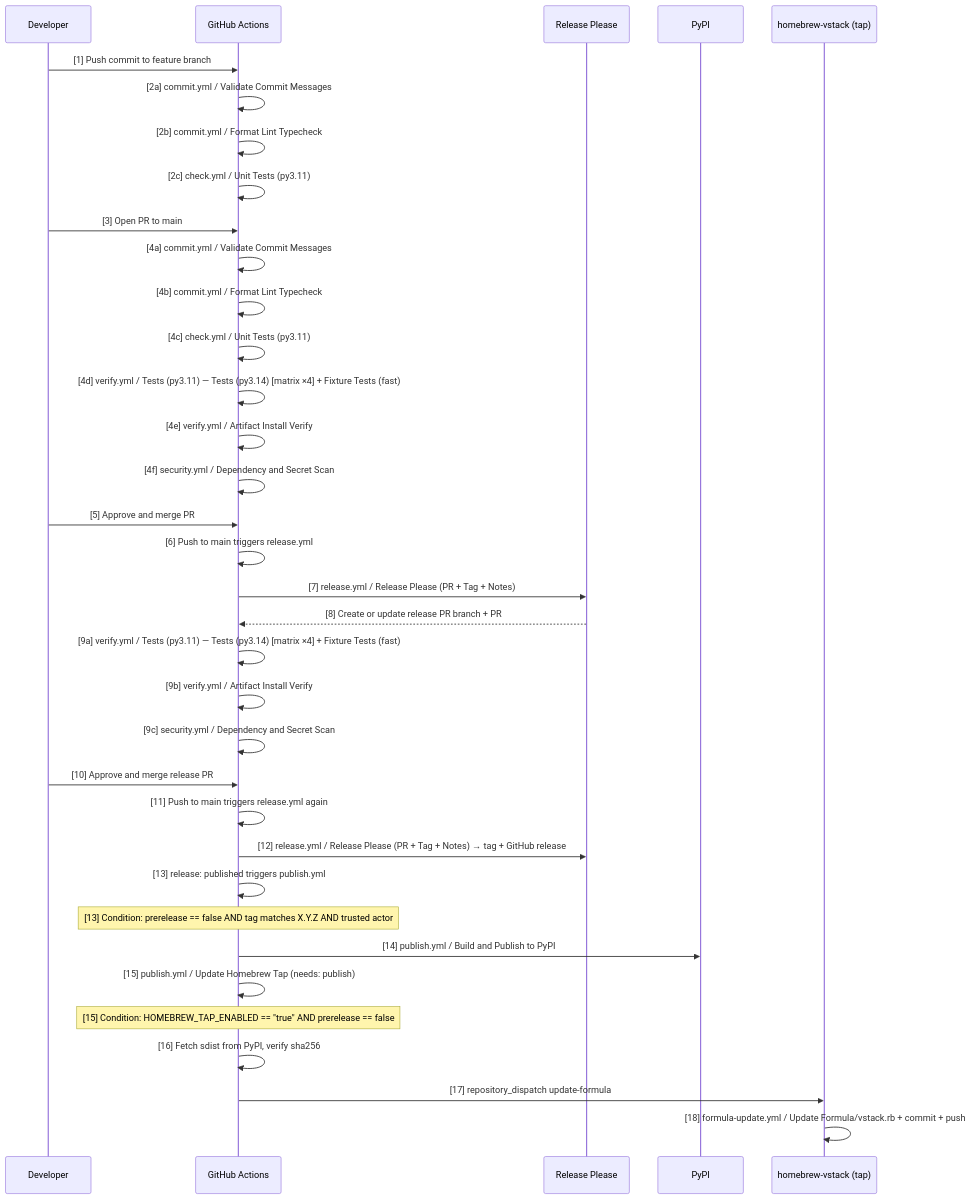
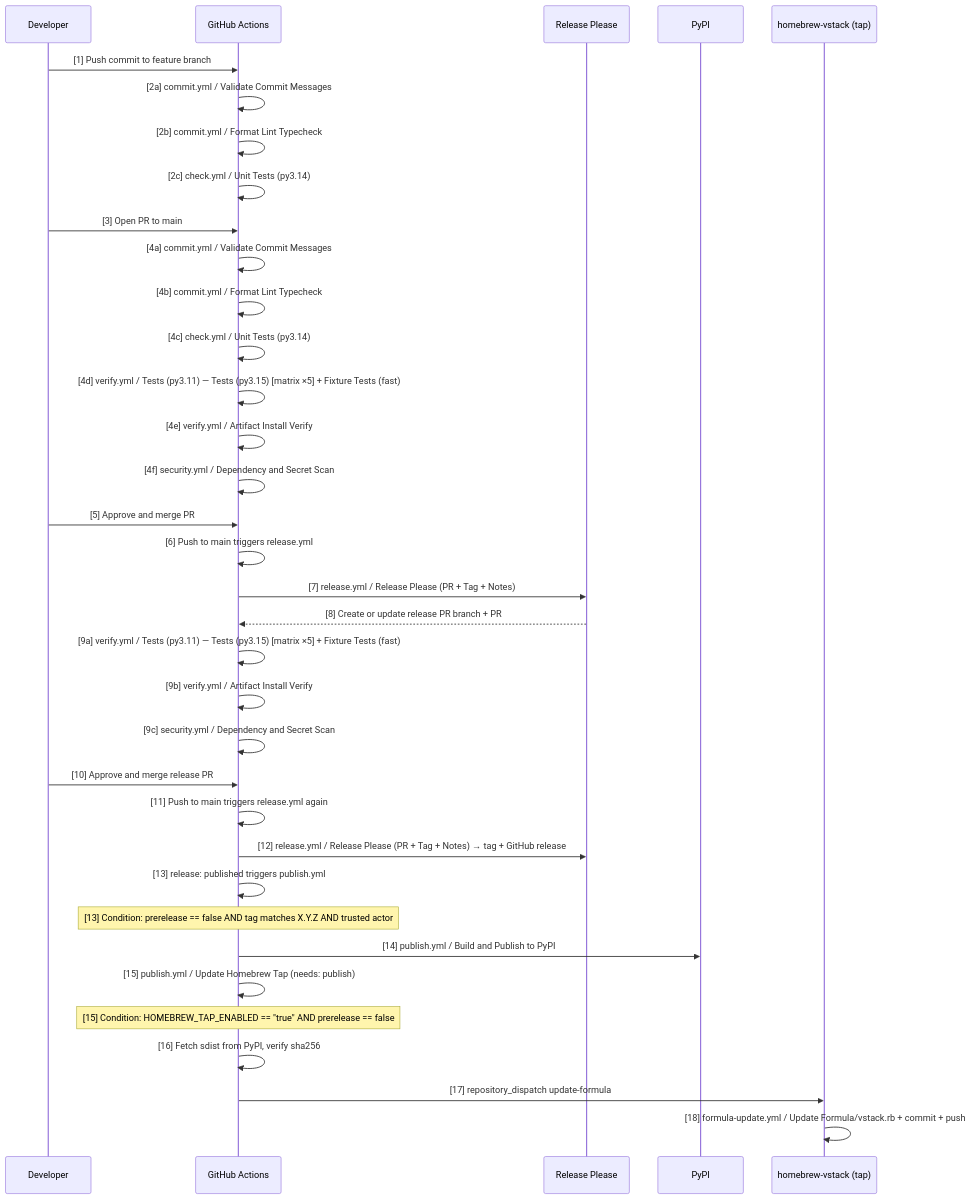
The first of 2 diagrams in docs/design/cicd.md (eschaar/vstack), drawn with Mermaid before and after one commit. The commit also changed other lines of this file and 18 other files, not shown here.

````diff
--- a/docs/design/cicd.md
+++ b/docs/design/cicd.md
@@ -38,42 +38,42 @@
 ```mermaid
 sequenceDiagram
    participant Dev as Developer
    participant GH as GitHub Actions
    participant RP as Release Please
    participant PyPI as PyPI
    participant TAP as homebrew-vstack (tap)
 
    Dev->>GH: [1] Push commit to feature branch
    GH->>GH: [2a] commit.yml / Validate Commit Messages
    GH->>GH: [2b] commit.yml / Format Lint Typecheck
-   GH->>GH: [2c] check.yml / Unit Tests (py3.11)
+   GH->>GH: [2c] check.yml / Unit Tests (py3.14)
 
    Dev->>GH: [3] Open PR to main
    GH->>GH: [4a] commit.yml / Validate Commit Messages
    GH->>GH: [4b] commit.yml / Format Lint Typecheck
-   GH->>GH: [4c] check.yml / Unit Tests (py3.11)
-   GH->>GH: [4d] verify.yml / Tests (py3.11) — Tests (py3.14) [matrix ×4] + Fixture Tests (fast)
+   GH->>GH: [4c] check.yml / Unit Tests (py3.14)
+   GH->>GH: [4d] verify.yml / Tests (py3.11) — Tests (py3.15) [matrix ×5] + Fixture Tests (fast)
    GH->>GH: [4e] verify.yml / Artifact Install Verify
    GH->>GH: [4f] security.yml / Dependency and Secret Scan
    Dev->>GH: [5] Approve and merge PR
 
    GH->>GH: [6] Push to main triggers release.yml
    GH->>RP: [7] release.yml / Release Please (PR + Tag + Notes)
    RP-->>GH: [8] Create or update release PR branch + PR
-   GH->>GH: [9a] verify.yml / Tests (py3.11) — Tests (py3.14) [matrix ×4] + Fixture Tests (fast)
+   GH->>GH: [9a] verify.yml / Tests (py3.11) — Tests (py3.15) [matrix ×5] + Fixture Tests (fast)
    GH->>GH: [9b] verify.yml / Artifact Install Verify
    GH->>GH: [9c] security.yml / Dependency and Secret Scan
 
    Dev->>GH: [10] Approve and merge release PR
    GH->>GH: [11] Push to main triggers release.yml again
    GH->>RP: [12] release.yml / Release Please (PR + Tag + Notes) → tag + GitHub release
 
    GH->>GH: [13] release: published triggers publish.yml
    Note over GH: [13] Condition: prerelease == false AND tag matches X.Y.Z AND trusted actor
    GH->>PyPI: [14] publish.yml / Build and Publish to PyPI
    GH->>GH: [15] publish.yml / Update Homebrew Tap (needs: publish)
    Note over GH: [15] Condition: HOMEBREW_TAP_ENABLED == "true" AND prerelease == false
    GH->>GH: [16] Fetch sdist from PyPI, verify sha256
    GH->>TAP: [17] repository_dispatch update-formula
    TAP->>TAP: [18] formula-update.yml / Update Formula/vstack.rb + commit + push
 ```
````
